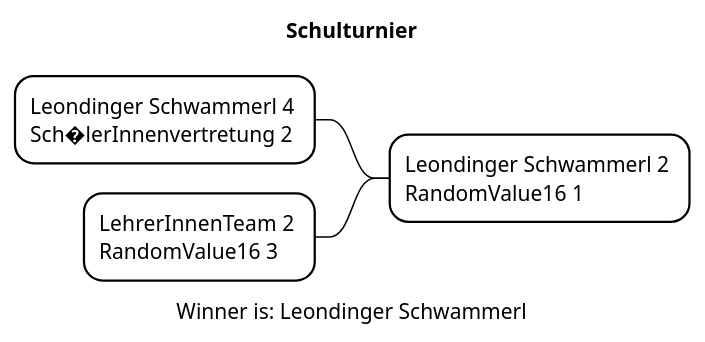
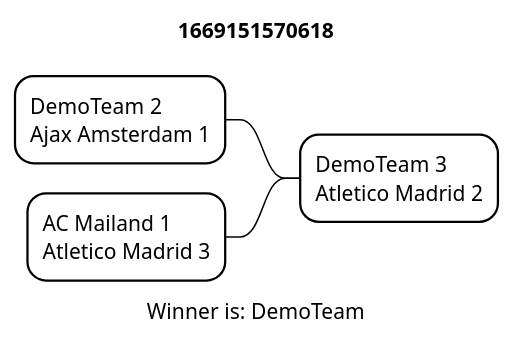
The diagram in asciidocs/plantuml/Result.puml (htl-leonding-project/2022-4ahif-autohaus), drawn with PlantUML before and after one commit. The commit also changed 16 other files, not shown here.

```diff
--- a/asciidocs/plantuml/Result.puml
+++ b/asciidocs/plantuml/Result.puml
@@ -1,19 +1,19 @@
-@startmindmap Schulturnier.png
+@startmindmap 1669151570618.png
     <style>
     mindmapDiagram{
         node{
             BackgroundColor White
 
         }
         LineColor Black
     }
     </style>
-title Schulturnier
+title 1669151570618
 
-- Leondinger Schwammerl 2 \nRandomValue16 1
+- DemoTeam 3 \nAtletico Madrid 2
 
--- Leondinger Schwammerl 4 \nSch�lerInnenvertretung 2
+-- DemoTeam 2 \nAjax Amsterdam 1
 
--- LehrerInnenTeam 2 \nRandomValue16 3
-caption Winner is: Leondinger Schwammerl
+-- AC Mailand 1 \nAtletico Madrid 3
+caption Winner is: DemoTeam
 @endmindmap
```
